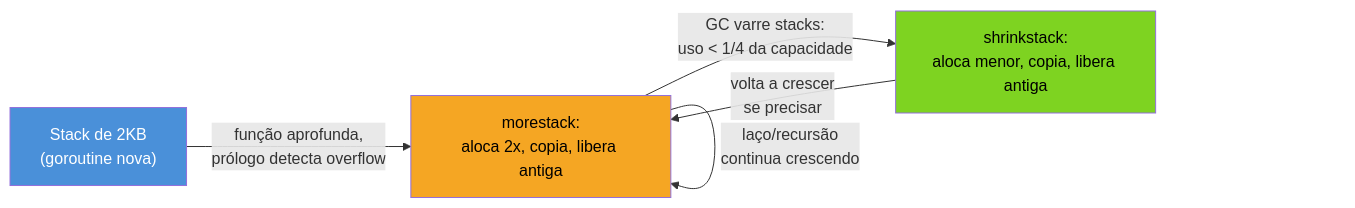
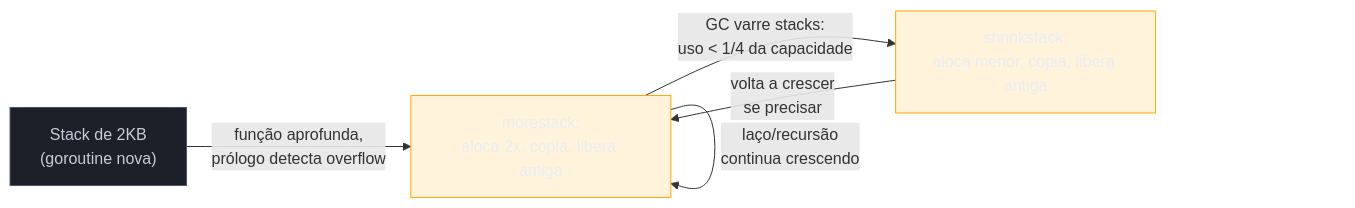
One commit to josenaldo/codex-technomanticus changed the second of 2 diagrams in 03-Dominios/Tecnologia/Go/17 - Runtime interno/03 - A stack de uma goroutine.md. Above: the diagram before and after it, drawn with Mermaid. The commit also changed 1181 other files, not shown here.

First line of the commit message:
fix(diagramas): paleta do sistema no lugar de cor cravada no markdown

````diff
--- a/03-Dominios/Tecnologia/Go/17 - Runtime interno/03 - A stack de uma goroutine.md
+++ b/03-Dominios/Tecnologia/Go/17 - Runtime interno/03 - A stack de uma goroutine.md
@@ -89,11 +89,13 @@
 ```mermaid
 flowchart LR
+    classDef neutro fill:#1B2029,stroke:#4E5666,color:#C6CCD8
+    classDef destaque fill:#FFAA0024,stroke:#FFAA00,color:#E9ECF2
     A["Stack de 2KB\n(goroutine nova)"] -->|"função aprofunda,\nprólogo detecta overflow"| B["morestack:\naloca 2x, copia, libera antiga"]
     B -->|"laço/recursão\ncontinua crescendo"| B
     B -->|"GC varre stacks:\nuso < 1/4 da capacidade"| C["shrinkstack:\naloca menor, copia, libera antiga"]
     C -->|"volta a crescer\nse precisar"| B
 
-    style A fill:#4A90D9,color:#fff
-    style B fill:#F5A623,color:#000
-    style C fill:#7ED321,color:#000
+    class A neutro
+    class B destaque
+    class C destaque
 ```
````
